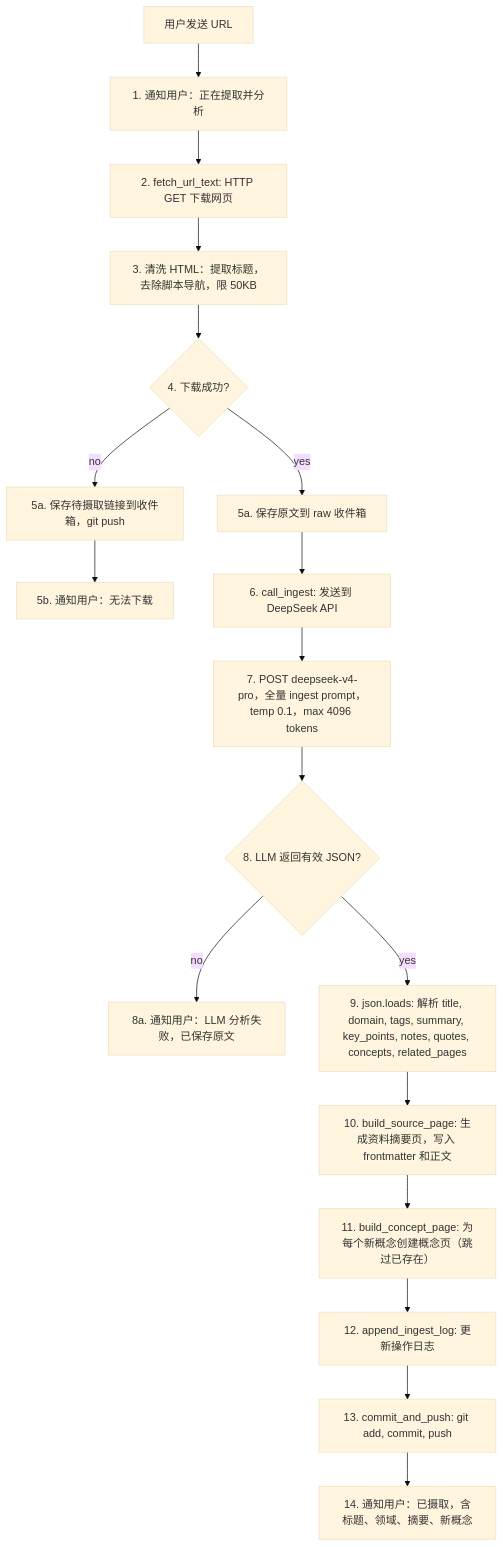
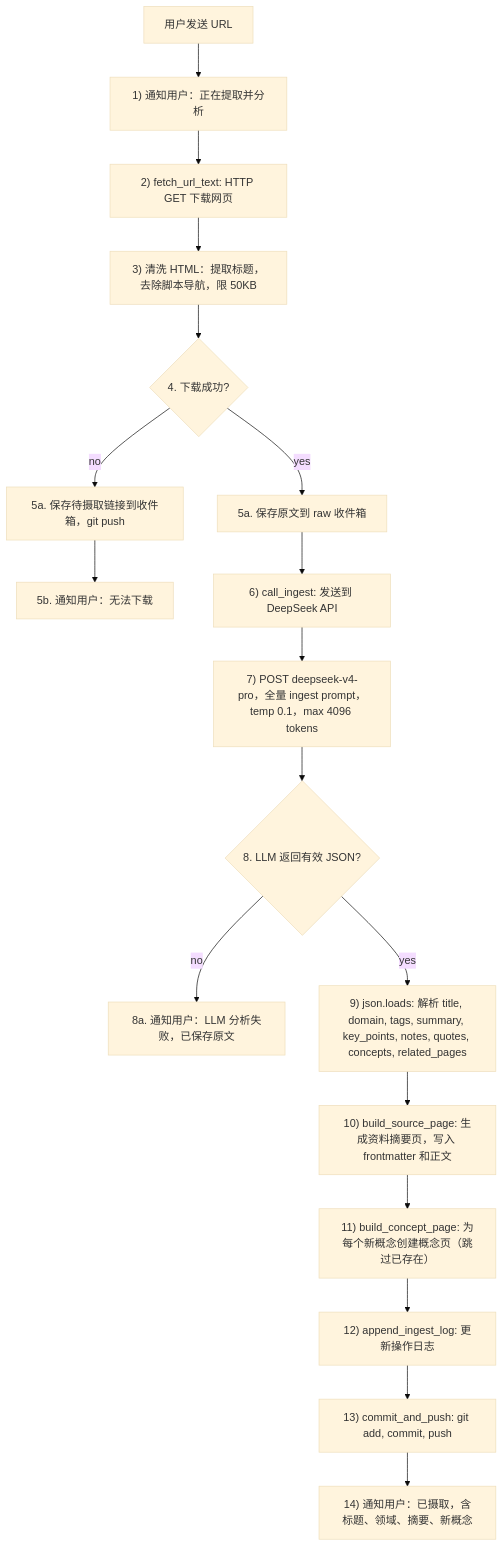
One commit to JXY001A/knowledge-wiki changed the fourth of 8 diagrams in wiki/综合分析/2026-05-23 Phase 2 实现详细流程图.md. Above: the diagram before and after it, drawn with Mermaid (base theme). The commit also changed other lines of this file, not shown here.

````diff
--- a/wiki/综合分析/2026-05-23 Phase 2 实现详细流程图.md
+++ b/wiki/综合分析/2026-05-23 Phase 2 实现详细流程图.md
@@ -214,32 +182,20 @@
 ```mermaid
 flowchart TD
-    URL["用户发送 URL"] --> Notify["1. 通知用户：正在提取并分析"]
-
-    Notify --> Fetch["2. fetch_url_text: HTTP GET 下载网页"]
-    Fetch --> FetchDetail["3. 清洗 HTML：提取标题，去除脚本导航，限 50KB"]
+    URL["用户发送 URL"] --> Notify["1) 通知用户：正在提取并分析"]
+    Notify --> Fetch["2) fetch_url_text: HTTP GET 下载网页"]
+    Fetch --> FetchDetail["3) 清洗 HTML：提取标题，去除脚本导航，限 50KB"]
     FetchDetail --> FetchOK{"4. 下载成功?"}
-
     FetchOK -->|"no"| SaveRef["5a. 保存待摄取链接到收件箱，git push"]
     SaveRef --> NotifyFail["5b. 通知用户：无法下载"]
-
     FetchOK -->|"yes"| SaveRaw["5a. 保存原文到 raw 收件箱"]
-
-    SaveRaw --> DeepSeek["6. call_ingest: 发送到 DeepSeek API"]
-    DeepSeek --> DeepSeekDetail["7. POST deepseek-v4-pro，全量 ingest prompt，temp 0.1，max 4096 tokens"]
-
+    SaveRaw --> DeepSeek["6) call_ingest: 发送到 DeepSeek API"]
+    DeepSeek --> DeepSeekDetail["7) POST deepseek-v4-pro，全量 ingest prompt，temp 0.1，max 4096 tokens"]
     DeepSeekDetail --> DeepSeekOK{"8. LLM 返回有效 JSON?"}
-
     DeepSeekOK -->|"no"| NotifyLLMFail["8a. 通知用户：LLM 分析失败，已保存原文"]
-
-    DeepSeekOK -->|"yes"| ParseJSON["9. json.loads: 解析 title, domain, tags, summary, key_points, notes, quotes, concepts, related_pages"]
-
-    ParseJSON --> BuildSource["10. build_source_page: 生成资料摘要页，写入 frontmatter 和正文"]
-
-    BuildSource --> BuildConcepts["11. build_concept_page: 为每个新概念创建概念页（跳过已存在）"]
-
-    BuildConcepts --> AppendLog["12. append_ingest_log: 更新操作日志"]
-
-    AppendLog --> GitPush["13. commit_and_push: git add, commit, push"]
-
-    GitPush --> NotifyOK["14. 通知用户：已摄取，含标题、领域、摘要、新概念"]
+    DeepSeekOK -->|"yes"| ParseJSON["9) json.loads: 解析 title, domain, tags, summary, key_points, notes, quotes, concepts, related_pages"]
+    ParseJSON --> BuildSource["10) build_source_page: 生成资料摘要页，写入 frontmatter 和正文"]
+    BuildSource --> BuildConcepts["11) build_concept_page: 为每个新概念创建概念页（跳过已存在）"]
+    BuildConcepts --> AppendLog["12) append_ingest_log: 更新操作日志"]
+    AppendLog --> GitPush["13) commit_and_push: git add, commit, push"]
+    GitPush --> NotifyOK["14) 通知用户：已摄取，含标题、领域、摘要、新概念"]
 ```
````
